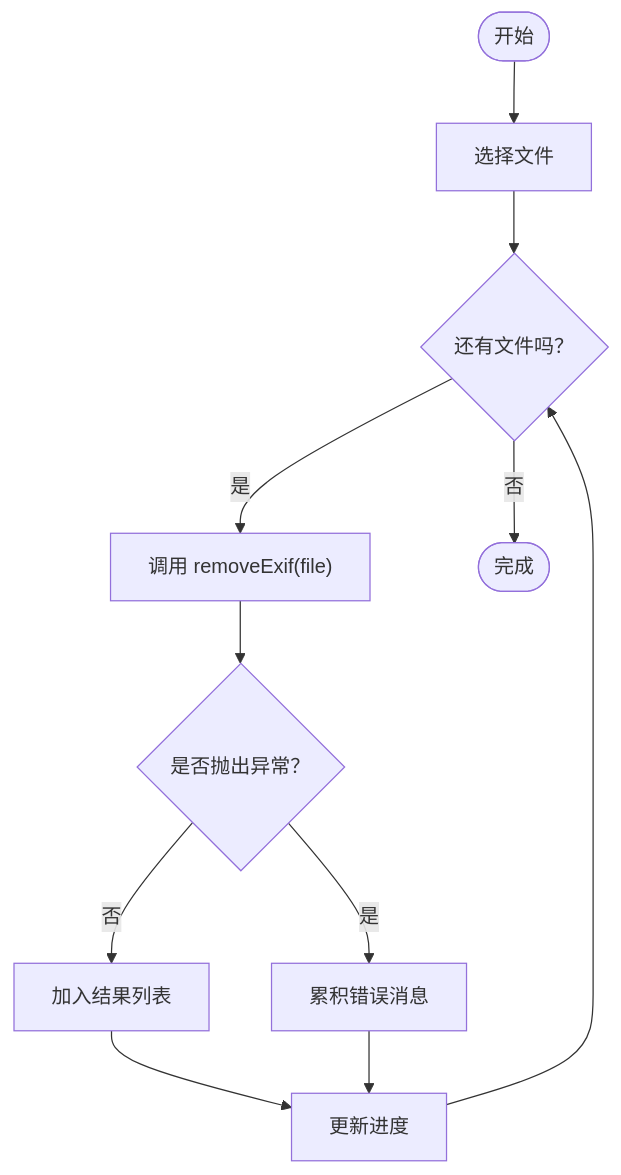
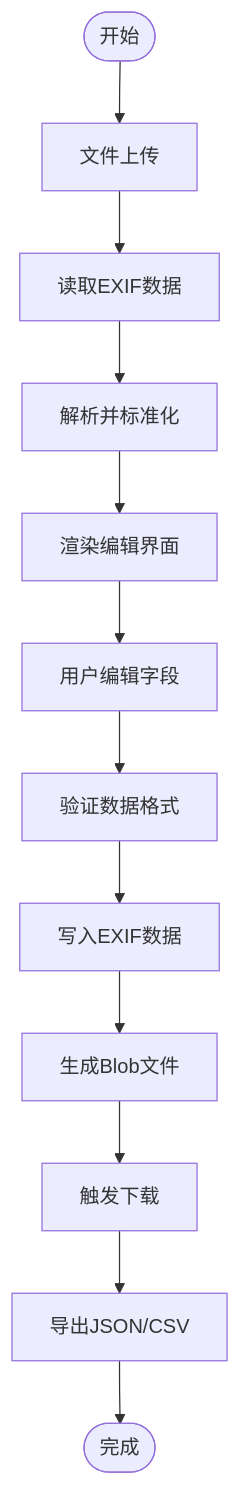
The third of 6 diagrams in .qoder/repowiki/zh/content/图像工具/EXIF管理.md (sgyy/privadeck), drawn with Mermaid before and after one commit. The commit also changed other lines of this file and 3 other files, not shown here.

````diff
--- a/.qoder/repowiki/zh/content/图像工具/EXIF管理.md
+++ b/.qoder/repowiki/zh/content/图像工具/EXIF管理.md
@@ -137,13 +212,14 @@
 ```mermaid
 flowchart TD
-Start(["开始"]) --> Pick["选择文件"]
-Pick --> Loop{"还有文件吗？"}
-Loop --> |是| Call["调用 removeExif(file)"]
-Call --> Try{"是否抛出异常？"}
-Try --> |否| Add["加入结果列表"]
-Try --> |是| Err["累积错误消息"]
-Add --> Next["更新进度"]
-Err --> Next
-Next --> Loop
-Loop --> |否| Done(["完成"])
+Start(["开始"]) --> Upload["文件上传"]
+Upload --> ReadExif["读取EXIF数据"]
+ReadExif --> ParseExif["解析并标准化"]
+ParseExif --> RenderUI["渲染编辑界面"]
+RenderUI --> EditFields["用户编辑字段"]
+EditFields --> ValidateData["验证数据格式"]
+ValidateData --> WriteExif["写入EXIF数据"]
+WriteExif --> GenerateBlob["生成Blob文件"]
+GenerateBlob --> TriggerDownload["触发下载"]
+TriggerDownload --> ExportData["导出JSON/CSV"]
+ExportData --> End(["完成"])
 ```
````
